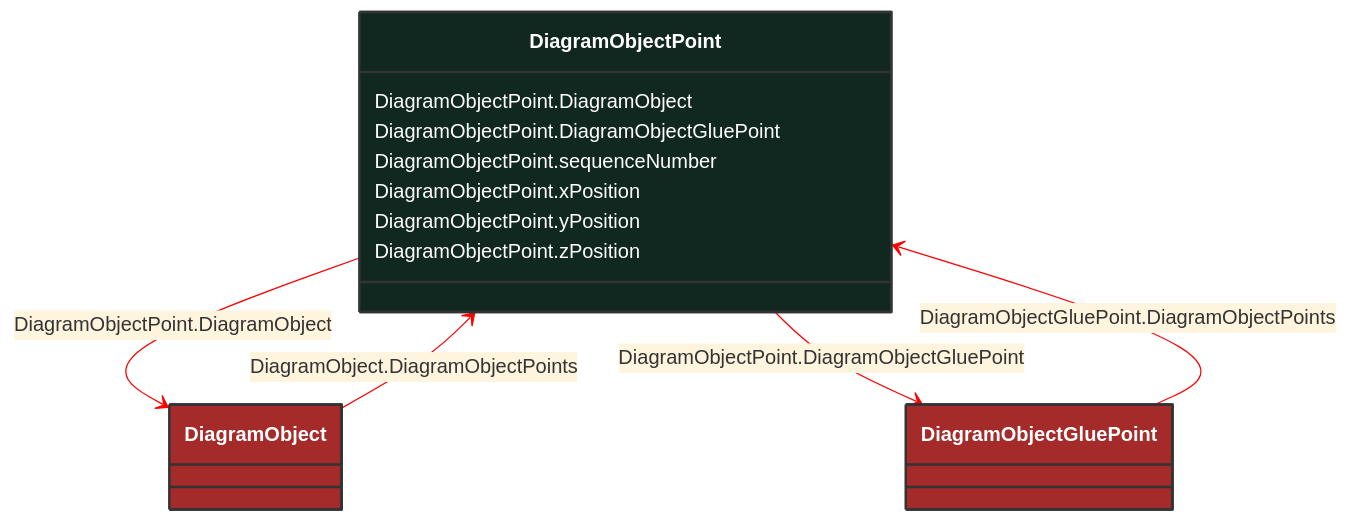
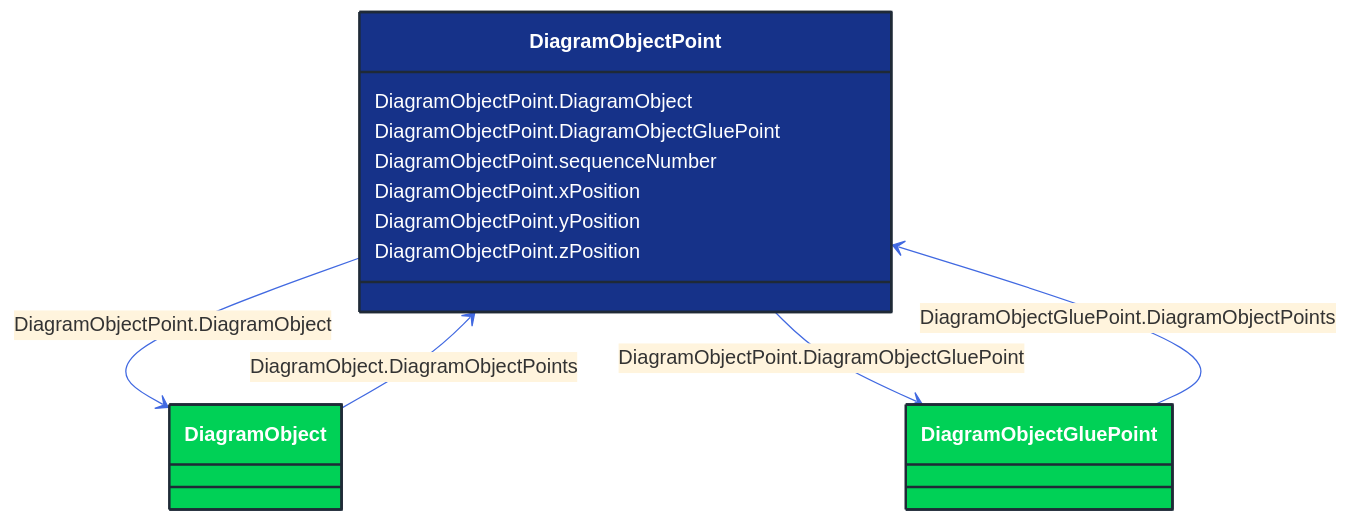
The diagram in docs/Models/Profiles/DiagramLayout/ConcreteClasses/DiagramObjectPoint.md (3lbits/NoCIMExtensions), drawn with Mermaid before and after one commit. The commit also changed 362 other files, not shown here.

First line of the commit message:
Update diagrams and styles for improved visual consistency

````diff
--- a/docs/Models/Profiles/DiagramLayout/ConcreteClasses/DiagramObjectPoint.md
+++ b/docs/Models/Profiles/DiagramLayout/ConcreteClasses/DiagramObjectPoint.md
@@ -8,38 +8,38 @@
 ```mermaid
-%%{init: {'theme':'base','themeVariables': {'lineColor': '#FF0000'}}}%%
+%%{init: {'theme':'base','themeVariables': {'lineColor': '#4169E1'}}}%%
 classDiagram
     class DiagramObjectPoint
     click DiagramObjectPoint href "/Models/Profiles/DiagramLayout/ConcreteClasses/DiagramObjectPoint/"
-    style DiagramObjectPoint fill:#102820,stroke:#333,stroke-width:2px,rx:10,ry:10,color:white
+    style DiagramObjectPoint fill:#163289,stroke:#1F2A37,stroke-width:2px,rx:10,ry:10,color:white
 
         DiagramObjectPoint --> DiagramObject : DiagramObjectPoint.DiagramObject
 
         DiagramObject
             click DiagramObject href "/Models/Profiles/DiagramLayout/ConcreteClasses/DiagramObject/"
-            style DiagramObject fill:#A52A2A,stroke:#333,stroke-width:2px,rx:10,ry:10,color:white
+            style DiagramObject fill:#00D156,stroke:#1F2A37,stroke-width:2px,rx:10,ry:10,color:white
         DiagramObjectPoint --> DiagramObjectGluePoint : DiagramObjectPoint.DiagramObjectGluePoint
 
         DiagramObjectGluePoint
             click DiagramObjectGluePoint href "/Models/Profiles/DiagramLayout/ConcreteClasses/DiagramObjectGluePoint/"
-            style DiagramObjectGluePoint fill:#A52A2A,stroke:#333,stroke-width:2px,rx:10,ry:10,color:white
+            style DiagramObjectGluePoint fill:#00D156,stroke:#1F2A37,stroke-width:2px,rx:10,ry:10,color:white
 
         DiagramObject --> DiagramObjectPoint : DiagramObject.DiagramObjectPoints
 
         DiagramObject
             click DiagramObject href "/Models/Profiles/DiagramLayout/ConcreteClasses/DiagramObject/"
-            style DiagramObject fill:#A52A2A,stroke:#333,stroke-width:2px,rx:10,ry:10,color:white
+            style DiagramObject fill:#00D156,stroke:#1F2A37,stroke-width:2px,rx:10,ry:10,color:white
 
         DiagramObjectGluePoint --> DiagramObjectPoint : DiagramObjectGluePoint.DiagramObjectPoints
 
         DiagramObjectGluePoint
             click DiagramObjectGluePoint href "/Models/Profiles/DiagramLayout/ConcreteClasses/DiagramObjectGluePoint/"
-            style DiagramObjectGluePoint fill:#A52A2A,stroke:#333,stroke-width:2px,rx:10,ry:10,color:white
+            style DiagramObjectGluePoint fill:#00D156,stroke:#1F2A37,stroke-width:2px,rx:10,ry:10,color:white
 
 
         DiagramObjectPoint : DiagramObjectPoint.DiagramObject
         DiagramObjectPoint : DiagramObjectPoint.DiagramObjectGluePoint
         DiagramObjectPoint : DiagramObjectPoint.sequenceNumber
         DiagramObjectPoint : DiagramObjectPoint.xPosition
         DiagramObjectPoint : DiagramObjectPoint.yPosition
         DiagramObjectPoint : DiagramObjectPoint.zPosition
 ```
````
